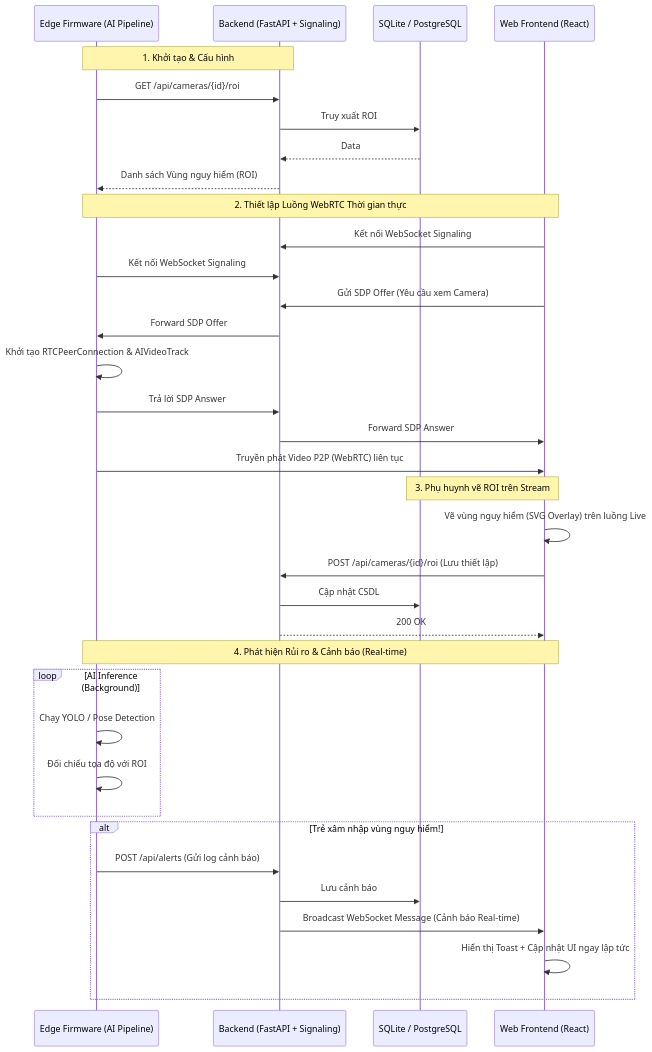
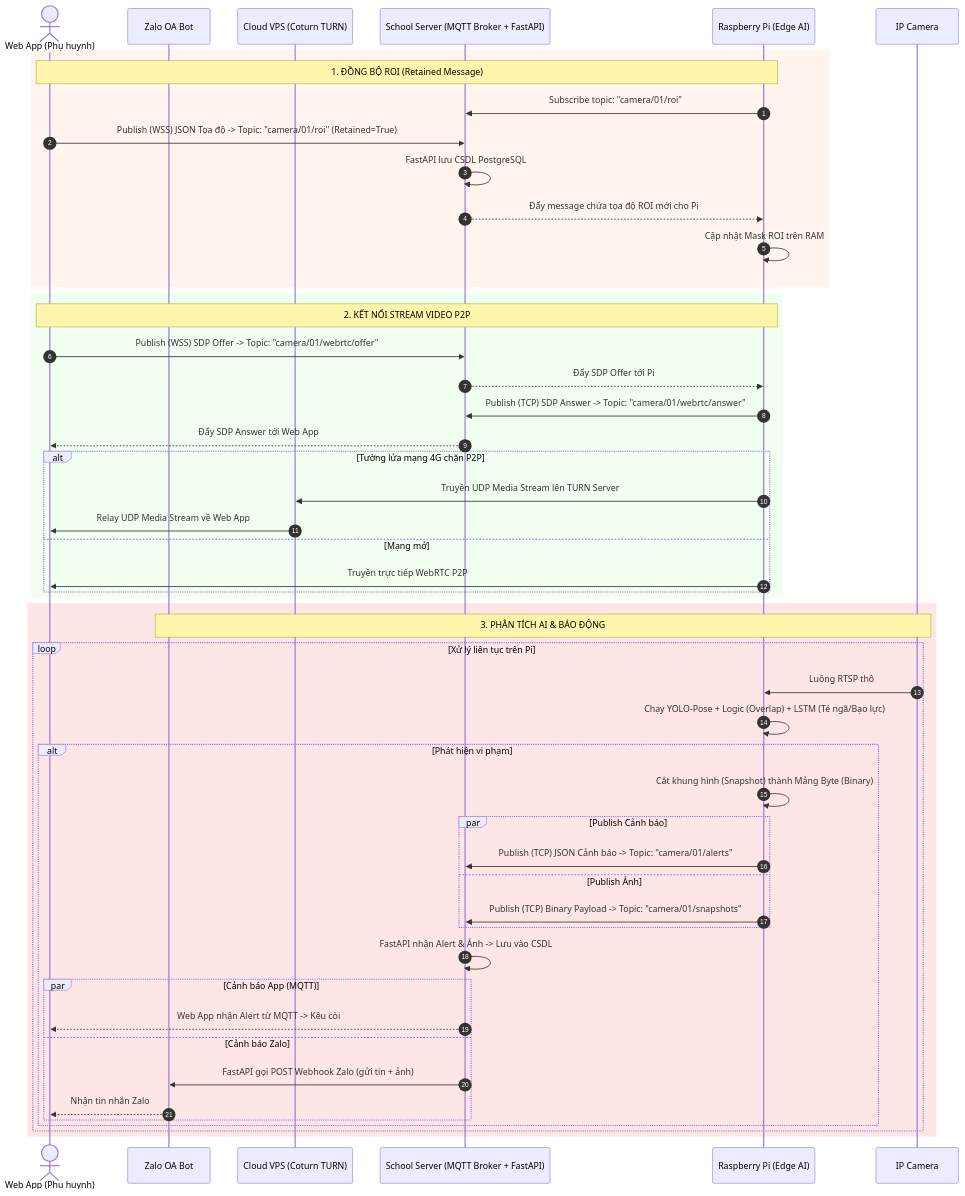
The diagram in README.md (meowmeow-uwu/children-observer), drawn with Mermaid before and after one commit. The commit also changed 71 other files, not shown here.

````diff
--- a/README.md
+++ b/README.md
@@ -13,46 +13,63 @@
 ```mermaid
 sequenceDiagram
-    participant Edge as Edge Firmware (AI Pipeline)
-    participant Backend as Backend (FastAPI + Signaling)
-    participant DB as SQLite / PostgreSQL
-    participant Web as Web Frontend (React)
+    autonumber
+    actor Parent as Web App (Phụ huynh)
+    participant Zalo as Zalo OA Bot
+    participant VPS as Cloud VPS (Coturn TURN)
+    participant Broker as School Server (MQTT Broker + FastAPI)
+    participant Pi as Raspberry Pi (Edge AI)
+    participant Cam as IP Camera
 
-    %% 1. Khởi tạo và Đồng bộ
-    Note over Edge, Backend: 1. Khởi tạo & Cấu hình
-    Edge->>Backend: GET /api/cameras/{id}/roi
-    Backend->>DB: Truy xuất ROI
-    DB-->>Backend: Data
-    Backend-->>Edge: Danh sách Vùng nguy hiểm (ROI)
+    %% ================= THIẾT LẬP ROI BẰNG MQTT =================
+    rect rgb(255, 245, 238)
+    Note over Parent, Pi: 1. ĐỒNG BỘ ROI (Retained Message)
+    Pi->>Broker: Subscribe topic: "camera/01/roi"
+    Parent->>Broker: Publish (WSS) JSON Tọa độ -> Topic: "camera/01/roi" (Retained=True)
+    Broker->>Broker: FastAPI lưu CSDL PostgreSQL
+    Broker-->>Pi: Đẩy message chứa tọa độ ROI mới cho Pi
+    Pi->>Pi: Cập nhật Mask ROI trên RAM
+    end
+
+    %% ================= BẮT TAY WEBRTC QUA MQTT =================
+    rect rgb(240, 255, 240)
+    Note over Parent, Pi: 2. KẾT NỐI STREAM VIDEO P2P
+    Parent->>Broker: Publish (WSS) SDP Offer -> Topic: "camera/01/webrtc/offer"
+    Broker-->>Pi: Đẩy SDP Offer tới Pi
+    Pi->>Broker: Publish (TCP) SDP Answer -> Topic: "camera/01/webrtc/answer"
+    Broker-->>Parent: Đẩy SDP Answer tới Web App
     
-    %% 2. Thiết lập WebRTC
-    Note over Edge, Web: 2. Thiết lập Luồng WebRTC Thời gian thực
-    Web->>Backend: Kết nối WebSocket Signaling
-    Edge->>Backend: Kết nối WebSocket Signaling
-    Web->>Backend: Gửi SDP Offer (Yêu cầu xem Camera)
-    Backend->>Edge: Forward SDP Offer
-    Edge->>Edge: Khởi tạo RTCPeerConnection & AIVideoTrack
-    Edge->>Backend: Trả lời SDP Answer
-    Backend->>Web: Forward SDP Answer
-    Edge->>Web: Truyền phát Video P2P (WebRTC) liên tục
+    alt Tường lửa mạng 4G chặn P2P
+        Pi->>VPS: Truyền UDP Media Stream lên TURN Server
+        VPS->>Parent: Relay UDP Media Stream về Web App
+    else Mạng mở
+        Pi->>Parent: Truyền trực tiếp WebRTC P2P
+    end
+    end
 
-    %% 3. Tương tác Vẽ ROI
-    Note over Web, DB: 3. Phụ huynh vẽ ROI trên Stream
-    Web->>Web: Vẽ vùng nguy hiểm (SVG Overlay) trên luồng Live
-    Web->>Backend: POST /api/cameras/{id}/roi (Lưu thiết lập)
-    Backend->>DB: Cập nhật CSDL
-    Backend-->>Web: 200 OK
-
-    %% 4. AI Cảnh báo Rủi ro
-    Note over Edge, Web: 4. Phát hiện Rủi ro & Cảnh báo (Real-time)
-    loop AI Inference (Background)
-        Edge->>Edge: Chạy YOLO / Pose Detection
-        Edge->>Edge: Đối chiếu tọa độ với ROI
+    %% ================= AI BIÊN & CẢNH BÁO MQTT =================
+    rect rgb(255, 230, 230)
+    Note over Cam, Zalo: 3. PHÂN TÍCH AI & BÁO ĐỘNG
+    loop Xử lý liên tục trên Pi
+        Cam->>Pi: Luồng RTSP thô
+        Pi->>Pi: Chạy YOLO-Pose + Logic (Overlap) + LSTM (Té ngã/Bạo lực)
+        
+        alt Phát hiện vi phạm
+            Pi->>Pi: Cắt khung hình (Snapshot) thành Mảng Byte (Binary)
+            par Publish Cảnh báo
+                Pi->>Broker: Publish (TCP) JSON Cảnh báo -> Topic: "camera/01/alerts"
+            and Publish Ảnh
+                Pi->>Broker: Publish (TCP) Binary Payload -> Topic: "camera/01/snapshots"
+            end
+            
+            Broker->>Broker: FastAPI nhận Alert & Ảnh -> Lưu vào CSDL
+            
+            par Cảnh báo App (MQTT)
+                Broker-->>Parent: Web App nhận Alert từ MQTT -> Kêu còi
+            and Cảnh báo Zalo
+                Broker->>Zalo: FastAPI gọi POST Webhook Zalo (gửi tin + ảnh)
+                Zalo-->>Parent: Nhận tin nhắn Zalo
+            end
+        end
     end
-    
-    alt Trẻ xâm nhập vùng nguy hiểm!
-        Edge->>Backend: POST /api/alerts (Gửi log cảnh báo)
-        Backend->>DB: Lưu cảnh báo
-        Backend->>Web: Broadcast WebSocket Message (Cảnh báo Real-time)
-        Web->>Web: Hiển thị Toast + Cập nhật UI ngay lập tức
     end
 ```
````
